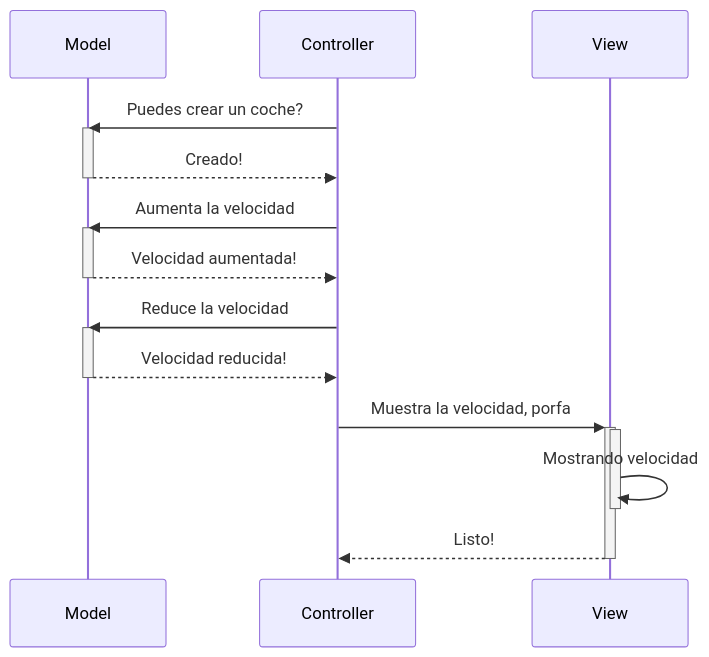
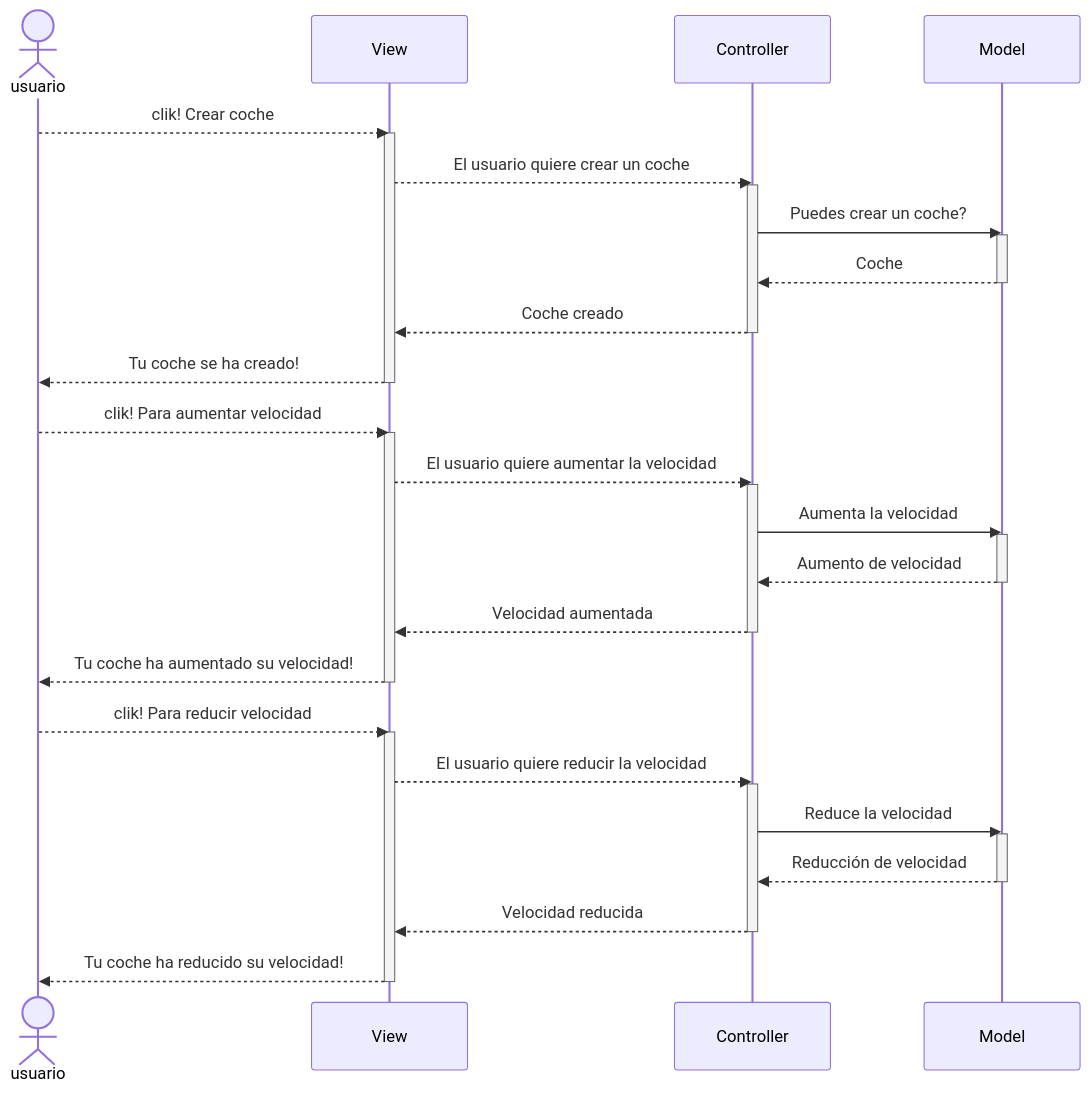
Before and after one commit to damiancastelao/MVC_coches_solucion: the second of 3 diagrams in Readme.md, drawn with Mermaid. The commit also changed other lines of this file, not shown here.

Commit message:
Modificación de diagramas para adaptarlo al MVC

````diff
--- a/Readme.md
+++ b/Readme.md
@@ -41,23 +53,46 @@
 ```mermaid
 sequenceDiagram
+    actor usuario
+    participant View
+    participant Controller
     participant Model
-    participant Controller
-    participant View
+    
+    usuario-->>View: clik! Crear coche
+    activate View
+    View-->>Controller: El usuario quiere crear un coche
+    activate Controller
     Controller->>Model: Puedes crear un coche?
     activate Model
-    Model-->>Controller: Creado!
+    Model-->>Controller: Coche
     deactivate Model
+    Controller-->>View: Coche creado
+    deactivate Controller
+    View-->>usuario: Tu coche se ha creado!
+    deactivate View
+    
+    usuario-->>View: clik! Para aumentar velocidad
+    activate View
+    View-->>Controller: El usuario quiere aumentar la velocidad
+    activate Controller
     Controller->>Model: Aumenta la velocidad
     activate Model
-    Model-->>Controller: Velocidad aumentada!
+    Model-->>Controller: Aumento de velocidad
     deactivate Model
+    Controller-->>View: Velocidad aumentada
+    deactivate Controller
+    View-->>usuario: Tu coche ha aumentado su velocidad!
+    deactivate View
+    
+    usuario-->>View: clik! Para reducir velocidad
+    activate View
+    View-->>Controller: El usuario quiere reducir la velocidad
+    activate Controller
     Controller->>Model: Reduce la velocidad
     activate Model
-    Model-->>Controller: Velocidad reducida!
+    Model-->>Controller: Reducción de velocidad
     deactivate Model
-    Controller->>+View: Muestra la velocidad, porfa
-    activate View
-    View->>-View: Mostrando velocidad
-    View-->>Controller: Listo!
+    Controller-->>View: Velocidad reducida
+    deactivate Controller
+    View-->>usuario: Tu coche ha reducido su velocidad!
     deactivate View
 ```
````
